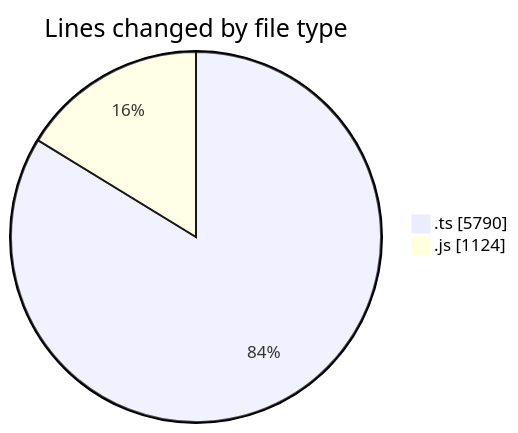
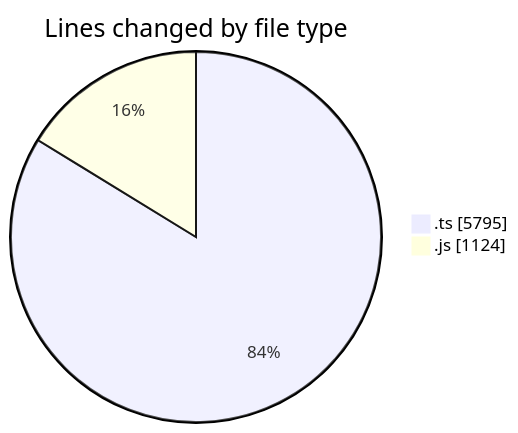
Before and after one commit to momahboobian/code-tracking: the first of 2 diagrams in 2026-10-23/cda/README.md, drawn with Mermaid. The commit also changed other lines of this file and 1 other file, not shown here.

````diff
--- a/2026-10-23/cda/README.md
+++ b/2026-10-23/cda/README.md
@@ -28,6 +28,6 @@
 ```mermaid
 pie showData
 title Lines changed by file type
-".ts" : 5790
+".ts" : 5795
 ".js" : 1124
 ```
````
